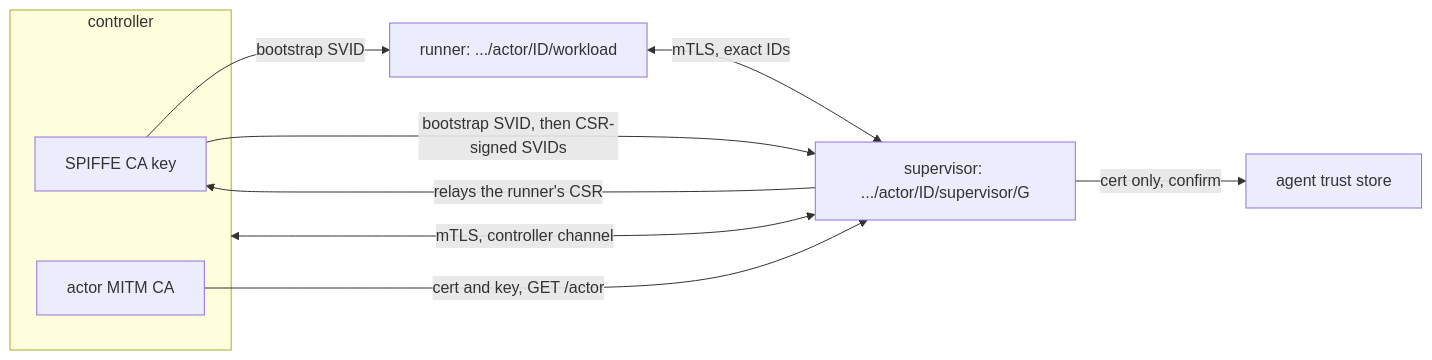
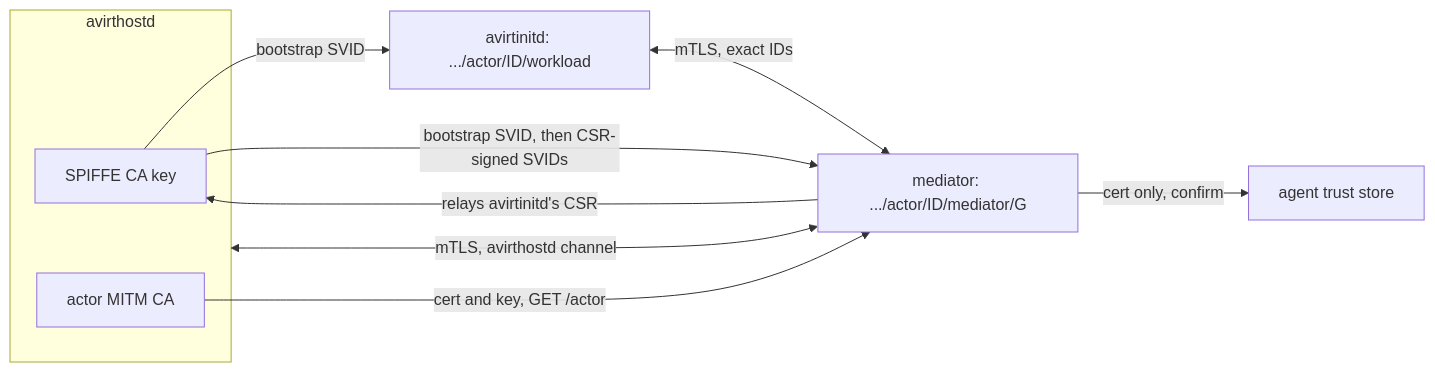
The second of 2 diagrams in docs/identity.md (tbhb-dev/avirt), drawn with Mermaid before and after one commit. The commit also changed other lines of this file and 94 other files, not shown here.

````diff
--- a/docs/identity.md
+++ b/docs/identity.md
@@ -121,14 +121,14 @@
 ```mermaid
 flowchart LR
-    subgraph ctl["controller"]
+    subgraph hostd["avirthostd"]
         sca["SPIFFE CA key"]
         mca["actor MITM CA"]
     end
-    sca -->|"bootstrap SVID"| wl["runner: .../actor/ID/workload"]
-    sca -->|"bootstrap SVID, then CSR-signed SVIDs"| sup["supervisor: .../actor/ID/supervisor/G"]
-    sup -->|"relays the runner's CSR"| sca
-    mca -->|"cert and key, GET /actor"| sup
-    sup -->|"cert only, confirm"| agent["agent trust store"]
-    wl <-->|"mTLS, exact IDs"| sup
-    sup <-->|"mTLS, controller channel"| ctl
+    sca -->|"bootstrap SVID"| wl["avirtinitd: .../actor/ID/workload"]
+    sca -->|"bootstrap SVID, then CSR-signed SVIDs"| med["mediator: .../actor/ID/mediator/G"]
+    med -->|"relays avirtinitd's CSR"| sca
+    mca -->|"cert and key, GET /actor"| med
+    med -->|"cert only, confirm"| agent["agent trust store"]
+    wl <-->|"mTLS, exact IDs"| med
+    med <-->|"mTLS, avirthostd channel"| hostd
 ```
````
